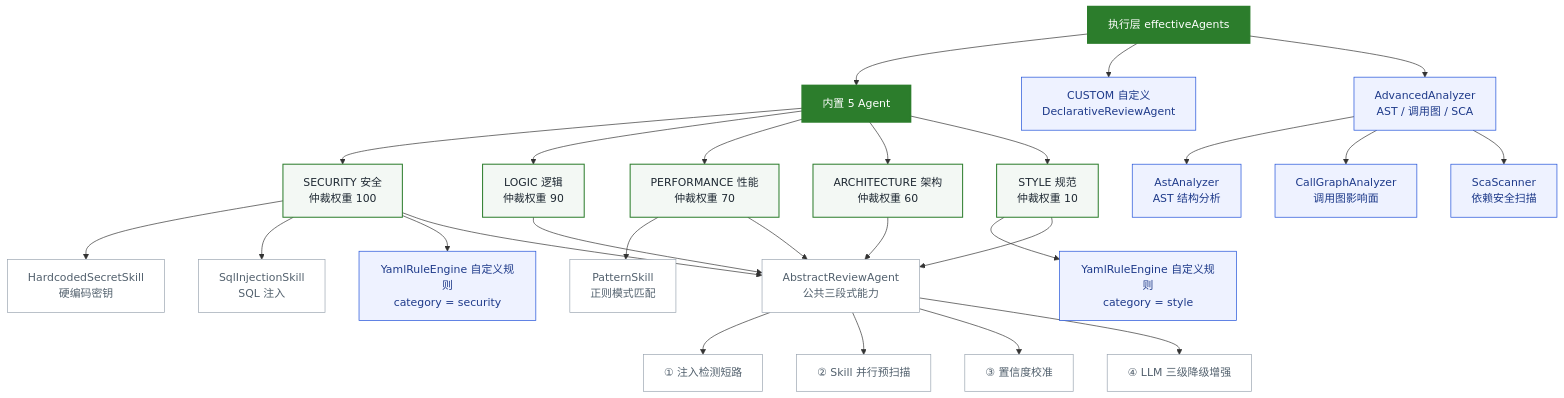
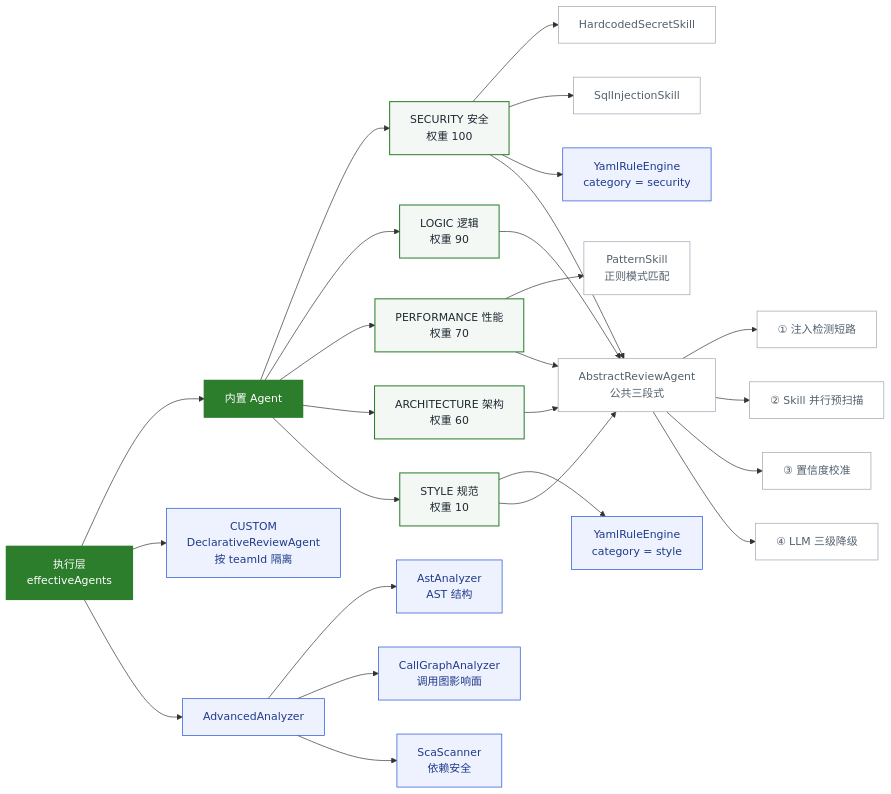
One commit to 13liyunfei/code-review-agent changed the diagram in docs/diagrams/l7-capability.mmd. Above: the diagram before and after it, drawn with Mermaid. The commit also changed 19 other files, not shown here.

First line of the commit message:
docs: 重排业务流程图集，修复内联 SVG 样式失效与文字溢出

```diff
--- a/docs/diagrams/l7-capability.mmd
+++ b/docs/diagrams/l7-capability.mmd
@@ -1,40 +1,40 @@
-flowchart TD
-    ROOT["执行层 effectiveAgents"] --> BI["内置 5 Agent"]
-    ROOT --> A6["CUSTOM 自定义<br/>DeclarativeReviewAgent"]
-    ROOT --> A7["AdvancedAnalyzer<br/>AST / 调用图 / SCA"]
+flowchart LR
+    ROOT["执行层<br/>effectiveAgents"] --> BI["内置 Agent"]
+    ROOT --> A6["CUSTOM<br/>DeclarativeReviewAgent<br/>按 teamId 隔离"]
+    ROOT --> A7["AdvancedAnalyzer"]
 
-    BI --> A1["SECURITY 安全<br/>仲裁权重 100"]
-    BI --> A2["LOGIC 逻辑<br/>仲裁权重 90"]
-    BI --> A3["PERFORMANCE 性能<br/>仲裁权重 70"]
-    BI --> A4["ARCHITECTURE 架构<br/>仲裁权重 60"]
-    BI --> A5["STYLE 规范<br/>仲裁权重 10"]
+    BI --> A1["SECURITY 安全<br/>权重 100"]
+    BI --> A2["LOGIC 逻辑<br/>权重 90"]
+    BI --> A3["PERFORMANCE 性能<br/>权重 70"]
+    BI --> A4["ARCHITECTURE 架构<br/>权重 60"]
+    BI --> A5["STYLE 规范<br/>权重 10"]
 
-    A1 --> S1["HardcodedSecretSkill<br/>硬编码密钥"]
-    A1 --> S2["SqlInjectionSkill<br/>SQL 注入"]
-    A1 --> S3["YamlRuleEngine 自定义规则<br/>category = security"]
+    A1 --> S1["HardcodedSecretSkill"]
+    A1 --> S2["SqlInjectionSkill"]
+    A1 --> S3["YamlRuleEngine<br/>category = security"]
     A3 --> S4["PatternSkill<br/>正则模式匹配"]
-    A5 --> S5["YamlRuleEngine 自定义规则<br/>category = style"]
+    A5 --> S5["YamlRuleEngine<br/>category = style"]
 
-    A7 --> Z1["AstAnalyzer<br/>AST 结构分析"]
+    A7 --> Z1["AstAnalyzer<br/>AST 结构"]
     A7 --> Z2["CallGraphAnalyzer<br/>调用图影响面"]
-    A7 --> Z3["ScaScanner<br/>依赖安全扫描"]
+    A7 --> Z3["ScaScanner<br/>依赖安全"]
 
-    A1 --> P["AbstractReviewAgent<br/>公共三段式能力"]
+    A1 --> P["AbstractReviewAgent<br/>公共三段式"]
     A2 --> P
     A3 --> P
     A4 --> P
     A5 --> P
 
     P --> P1["① 注入检测短路"]
     P --> P2["② Skill 并行预扫描"]
     P --> P3["③ 置信度校准"]
-    P --> P4["④ LLM 三级降级增强"]
+    P --> P4["④ LLM 三级降级"]
 
     classDef root fill:#2c7d2c,stroke:#2c7d2c,stroke-width:2px,color:#fff;
     classDef agent fill:#F3F8F4,stroke:#2c7d2c,stroke-width:1.5px,color:#1f2933;
     classDef custom fill:#EEF2FF,stroke:#1d4ed8,stroke-width:1px,color:#1e3a8a;
     classDef leaf fill:#FFFFFF,stroke:#9aa5b1,stroke-width:1px,color:#52606d;
     class ROOT,BI root;
     class A1,A2,A3,A4,A5 agent;
     class A6,A7,S3,S5,Z1,Z2,Z3 custom;
     class S1,S2,S4,P,P1,P2,P3,P4 leaf;
```
